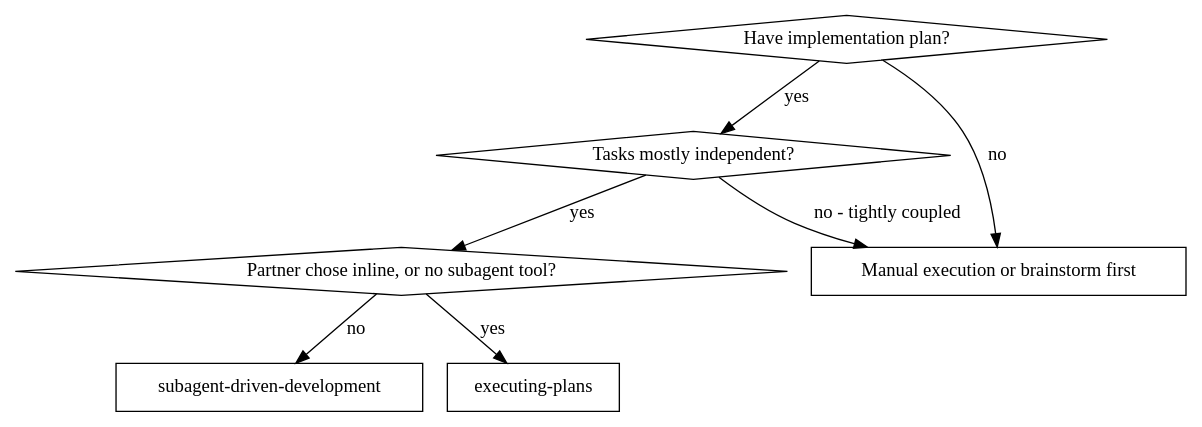
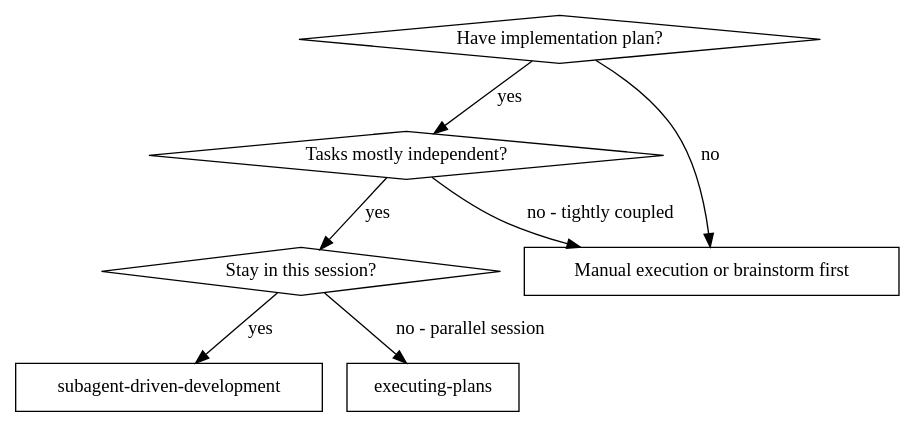
The first of 2 diagrams in skills/subagent-driven-development/SKILL.md (SeaXen/agentskills), drawn with Graphviz before and after one commit. The commit also changed other lines of this file and 135130 other files, not shown here.

````diff
--- a/skills/subagent-driven-development/SKILL.md
+++ b/skills/subagent-driven-development/SKILL.md
@@ -36,17 +16,17 @@
 ```dot
 digraph when_to_use {
     "Have implementation plan?" [shape=diamond];
     "Tasks mostly independent?" [shape=diamond];
-    "Partner chose inline, or no subagent tool?" [shape=diamond];
+    "Stay in this session?" [shape=diamond];
     "subagent-driven-development" [shape=box];
     "executing-plans" [shape=box];
     "Manual execution or brainstorm first" [shape=box];
 
     "Have implementation plan?" -> "Tasks mostly independent?" [label="yes"];
     "Have implementation plan?" -> "Manual execution or brainstorm first" [label="no"];
-    "Tasks mostly independent?" -> "Partner chose inline, or no subagent tool?" [label="yes"];
+    "Tasks mostly independent?" -> "Stay in this session?" [label="yes"];
     "Tasks mostly independent?" -> "Manual execution or brainstorm first" [label="no - tightly coupled"];
-    "Partner chose inline, or no subagent tool?" -> "executing-plans" [label="yes"];
-    "Partner chose inline, or no subagent tool?" -> "subagent-driven-development" [label="no"];
+    "Stay in this session?" -> "subagent-driven-development" [label="yes"];
+    "Stay in this session?" -> "executing-plans" [label="no - parallel session"];
 }
 ```
````
